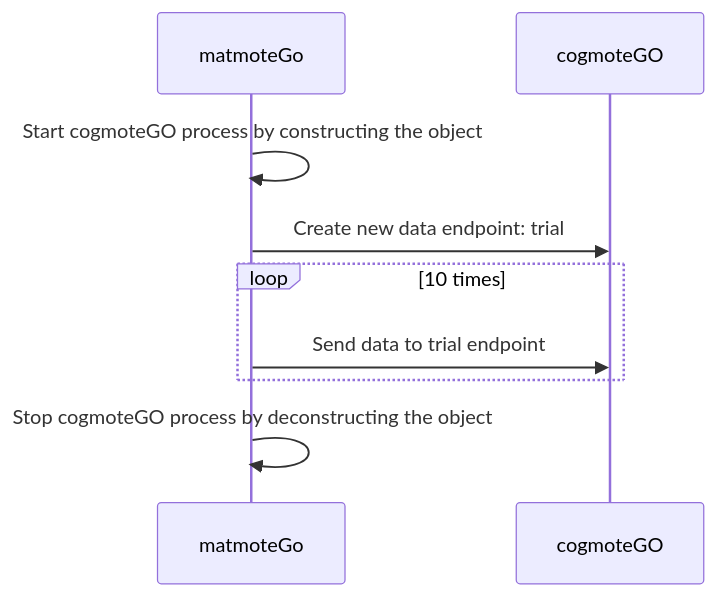
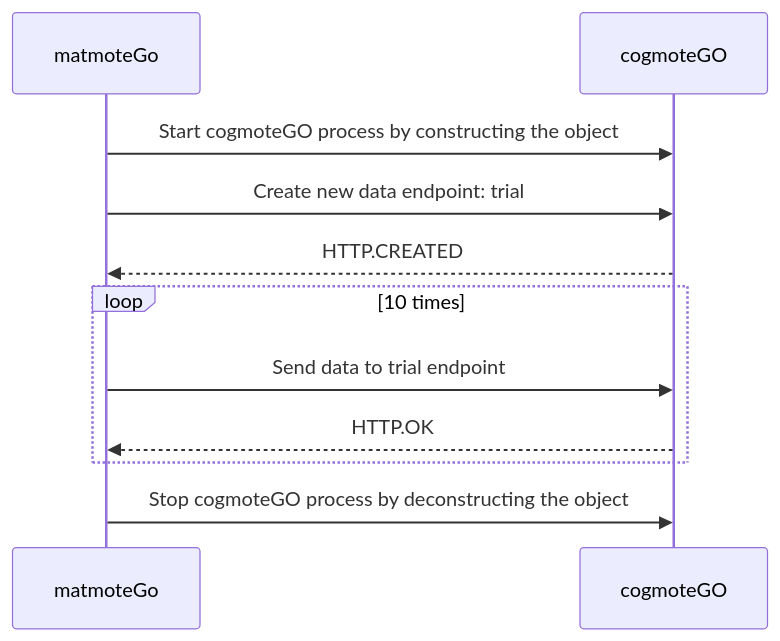
The second of 3 diagrams in README.md (Ccccraz/matmoteGO), drawn with Mermaid before and after one commit. The commit also changed other lines of this file, not shown here.

Commit message:
docs: :memo: fix logic error in diagram

````diff
--- a/README.md
+++ b/README.md
@@ -68,9 +69,11 @@
 ```mermaid
 sequenceDiagram
-    matmoteGo->>matmoteGo: Start cogmoteGO process by constructing the object
+    matmoteGo->>cogmoteGO: Start cogmoteGO process by constructing the object
     matmoteGo->>cogmoteGO: Create new data endpoint: trial
+    cogmoteGO-->>matmoteGo: HTTP.CREATED
     loop 10 times
         matmoteGo->>cogmoteGO: Send data to trial endpoint
+        cogmoteGO-->>matmoteGo: HTTP.OK
     end
-    matmoteGo->>matmoteGo: Stop cogmoteGO process by deconstructing the object
+    matmoteGo->>cogmoteGO: Stop cogmoteGO process by deconstructing the object
 ```
````
